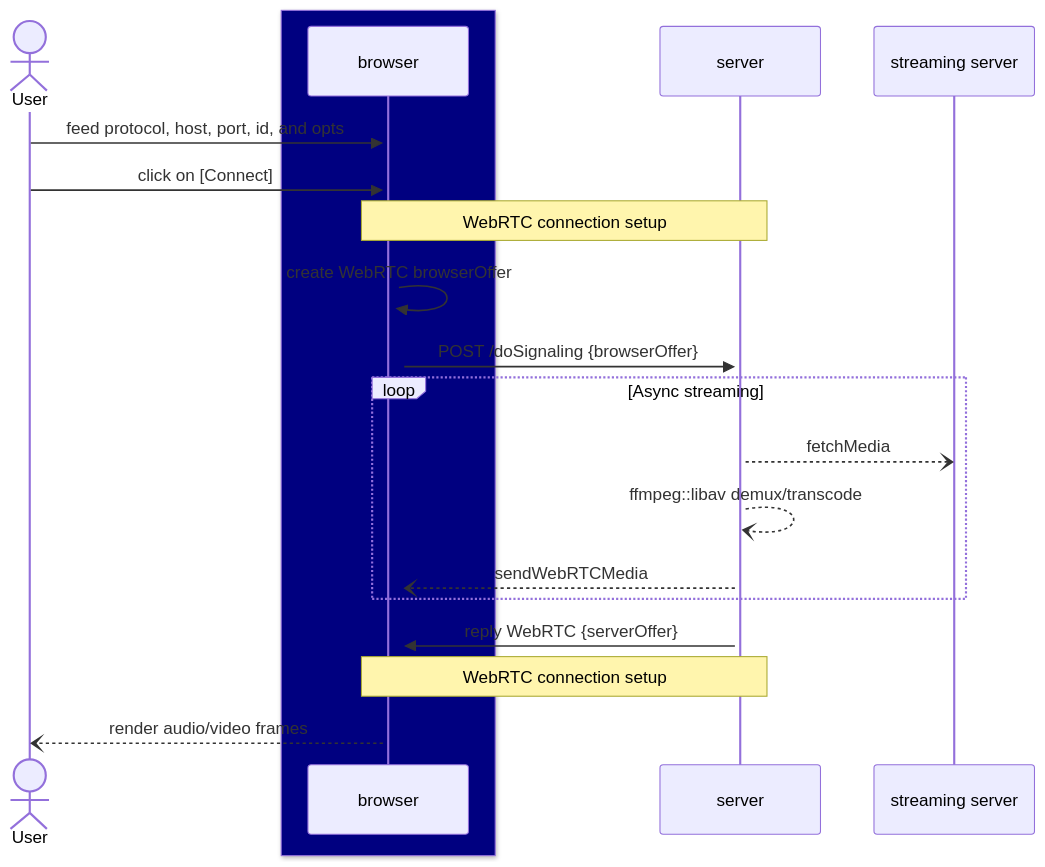
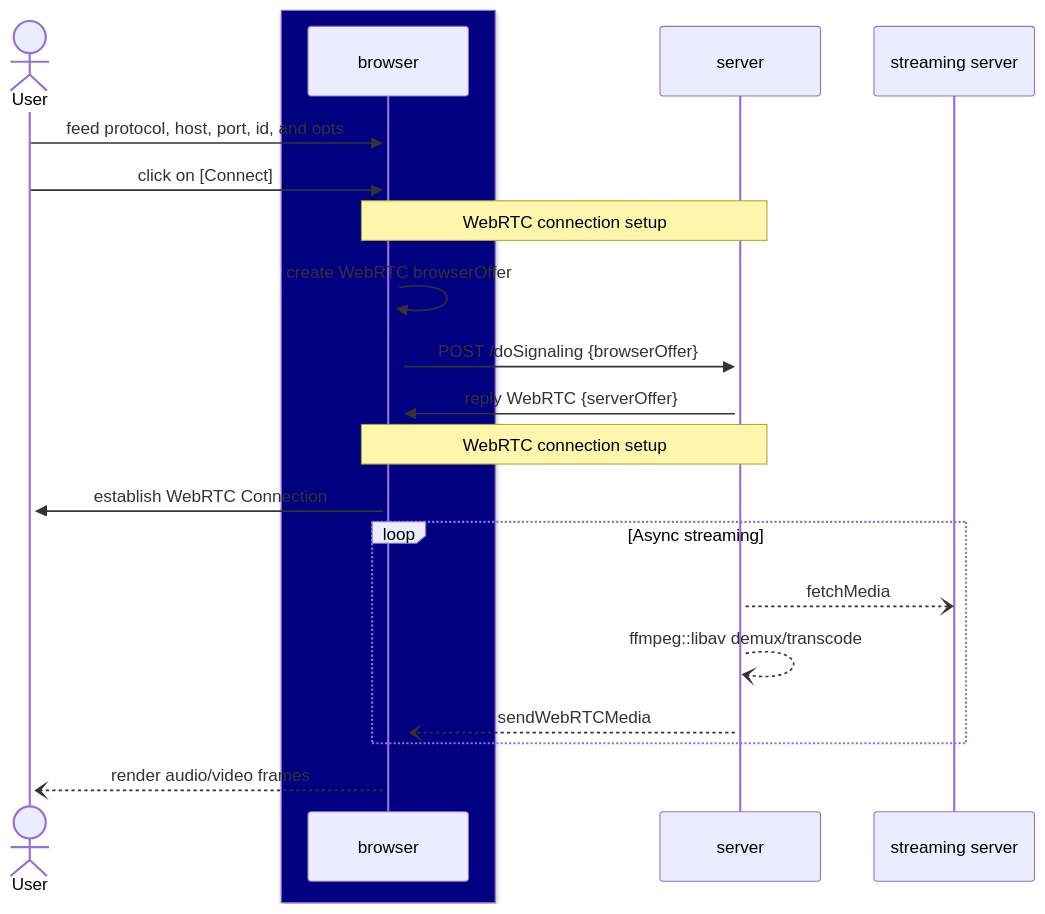
The first of 2 diagrams in HOW_IT_WORKS.md (flavioribeiro/donut), drawn with Mermaid before and after one commit.

Commit message:
move streaming async flow for the ease of understanding

````diff
--- a/HOW_IT_WORKS.md
+++ b/HOW_IT_WORKS.md
@@ -3,28 +3,30 @@
 ```mermaid
 sequenceDiagram
     actor User
 
     box Navy
         participant browser
     end
 
     User->>+browser: feed protocol, host, port, id, and opts
     User->>+browser: click on [Connect]
     
     Note over server,browser: WebRTC connection setup
     
     browser->>+browser: create WebRTC browserOffer
     browser->>+server: POST /doSignaling {browserOffer}
 
+    server->>+browser: reply WebRTC {serverOffer}
+
+    Note over server,browser: WebRTC connection setup
+
+    browser->>+User: establish WebRTC Connection
+
     loop Async streaming
         server--)streaming server: fetchMedia
         server--)server: ffmpeg::libav demux/transcode
         server--)browser: sendWebRTCMedia
     end
-
-    server->>+browser: reply WebRTC {serverOffer}
-
-    Note over server,browser: WebRTC connection setup
     
     browser--)User: render audio/video frames
 ```
````
